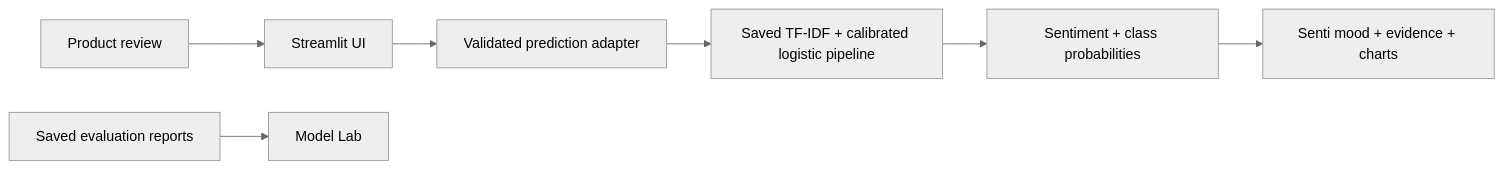
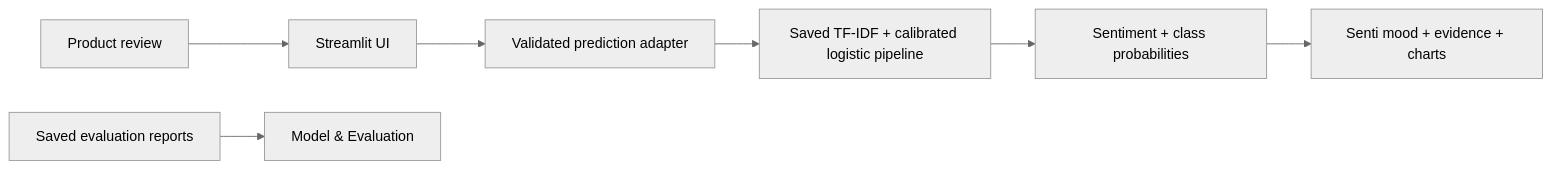
Before and after one commit to Iqranawaz-debug/Sentiment_Analysis_On_Product_Reviews: the first of 2 diagrams in README.md, drawn with Mermaid (neutral theme). The commit also changed other lines of this file and 9 other files, not shown here.

````diff
--- a/README.md
+++ b/README.md
@@ -59,9 +62,9 @@
 ```mermaid
 flowchart LR
     A[Product review] --> B[Streamlit UI]
     B --> C[Validated prediction adapter]
     C --> D[Saved TF-IDF + calibrated logistic pipeline]
     D --> E[Sentiment + class probabilities]
     E --> F[Senti mood + evidence + charts]
-    G[Saved evaluation reports] --> H[Model Lab]
+    G[Saved evaluation reports] --> H[Model & Evaluation]
 ```
````
